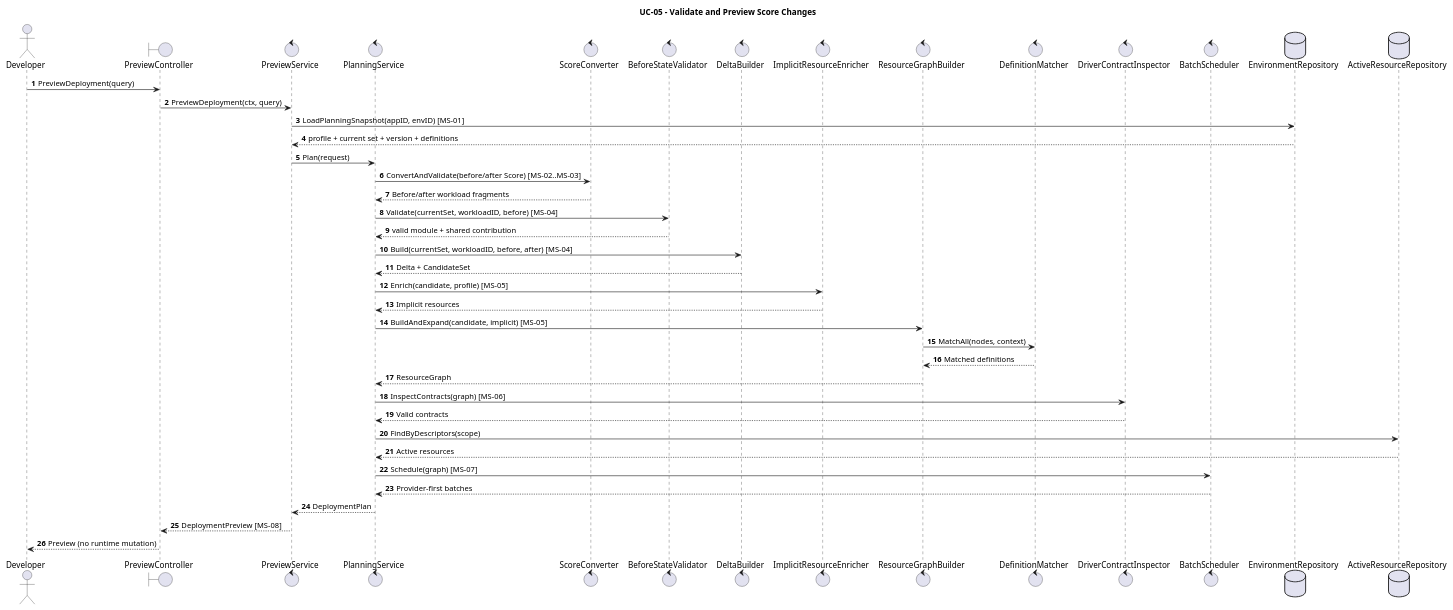
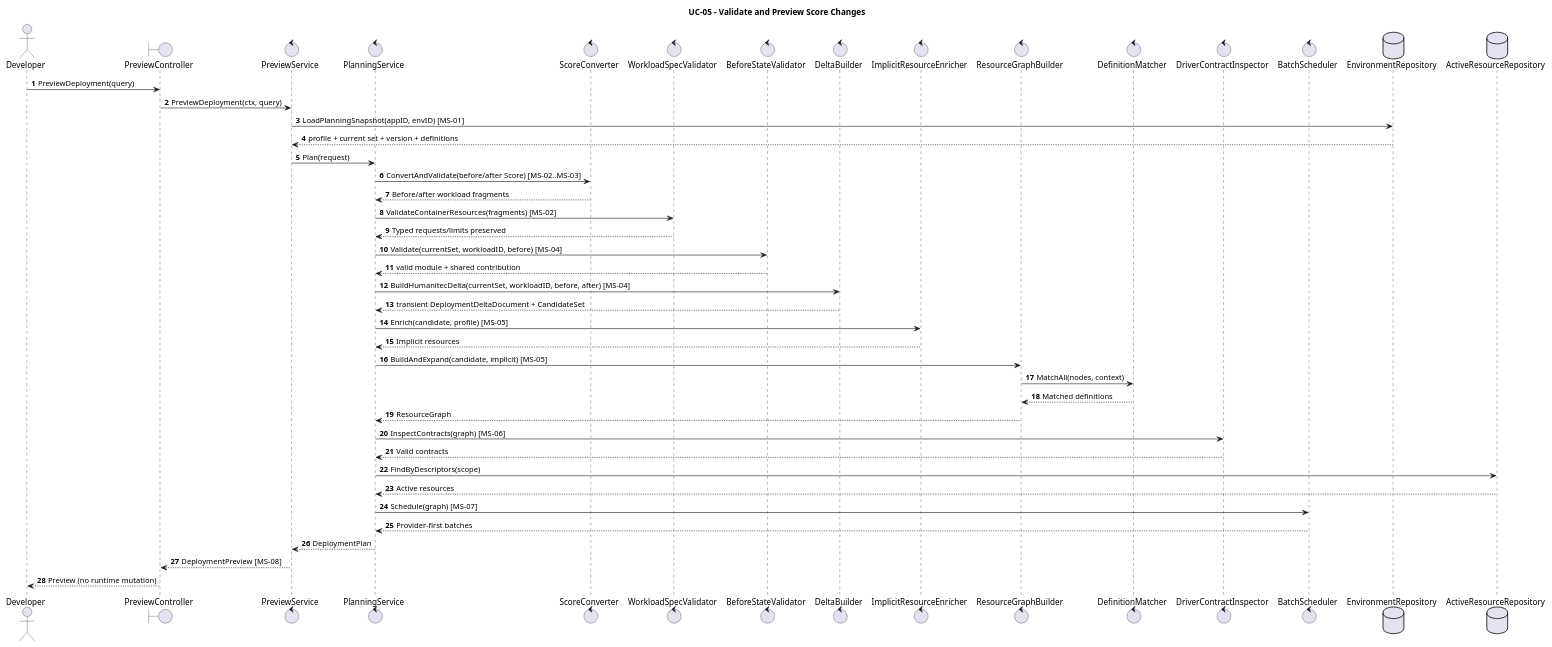
One commit to pr3s3nt/poc changed the diagram in orchestrator_docs/usecase/UC-05/sequence.puml. Above: the diagram before and after it, drawn with PlantUML. The commit also changed 63 other files, not shown here.

```diff
--- a/orchestrator_docs/usecase/UC-05/sequence.puml
+++ b/orchestrator_docs/usecase/UC-05/sequence.puml
@@ -1,45 +1,48 @@
 @startuml
 title UC-05 - Validate and Preview Score Changes
 autonumber
 actor Developer
 boundary PreviewController as API
 control PreviewService as Preview
 control PlanningService as Planner
 control ScoreConverter as Converter
+control WorkloadSpecValidator as WorkloadValidator
 control BeforeStateValidator as BeforeValidator
 control DeltaBuilder as Delta
 control ImplicitResourceEnricher as Enricher
 control ResourceGraphBuilder as Graph
 control DefinitionMatcher as Matcher
 control DriverContractInspector as Inspector
 control BatchScheduler as Scheduler
 database EnvironmentRepository as EnvRepo
 database ActiveResourceRepository as ResourceRepo
 
 Developer -> API: PreviewDeployment(query)
 API -> Preview: PreviewDeployment(ctx, query)
 Preview -> EnvRepo: LoadPlanningSnapshot(appID, envID) [MS-01]
 EnvRepo --> Preview: profile + current set + version + definitions
 Preview -> Planner: Plan(request)
 Planner -> Converter: ConvertAndValidate(before/after Score) [MS-02..MS-03]
 Converter --> Planner: Before/after workload fragments
+Planner -> WorkloadValidator: ValidateContainerResources(fragments) [MS-02]
+WorkloadValidator --> Planner: Typed requests/limits preserved
 Planner -> BeforeValidator: Validate(currentSet, workloadID, before) [MS-04]
 BeforeValidator --> Planner: valid module + shared contribution
-Planner -> Delta: Build(currentSet, workloadID, before, after) [MS-04]
-Delta --> Planner: Delta + CandidateSet
+Planner -> Delta: BuildHumanitecDelta(currentSet, workloadID, before, after) [MS-04]
+Delta --> Planner: transient DeploymentDeltaDocument + CandidateSet
 Planner -> Enricher: Enrich(candidate, profile) [MS-05]
 Enricher --> Planner: Implicit resources
 Planner -> Graph: BuildAndExpand(candidate, implicit) [MS-05]
 Graph -> Matcher: MatchAll(nodes, context)
 Matcher --> Graph: Matched definitions
 Graph --> Planner: ResourceGraph
 Planner -> Inspector: InspectContracts(graph) [MS-06]
 Inspector --> Planner: Valid contracts
 Planner -> ResourceRepo: FindByDescriptors(scope)
 ResourceRepo --> Planner: Active resources
 Planner -> Scheduler: Schedule(graph) [MS-07]
 Scheduler --> Planner: Provider-first batches
 Planner --> Preview: DeploymentPlan
 Preview --> API: DeploymentPreview [MS-08]
 API --> Developer: Preview (no runtime mutation)
 @enduml
```
